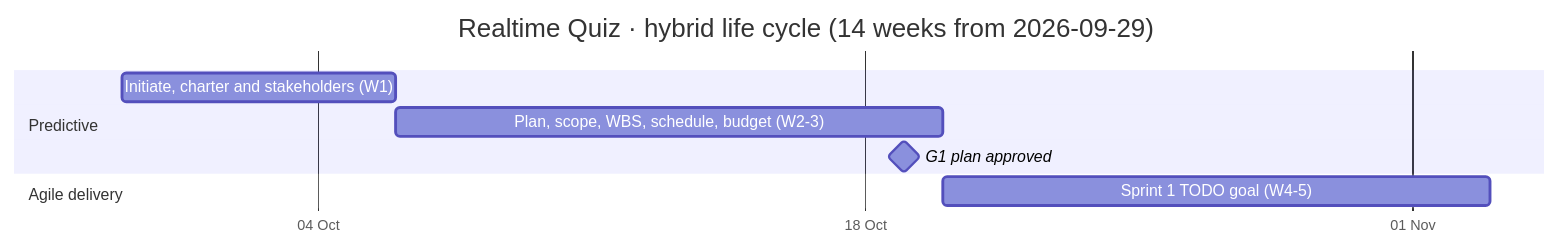
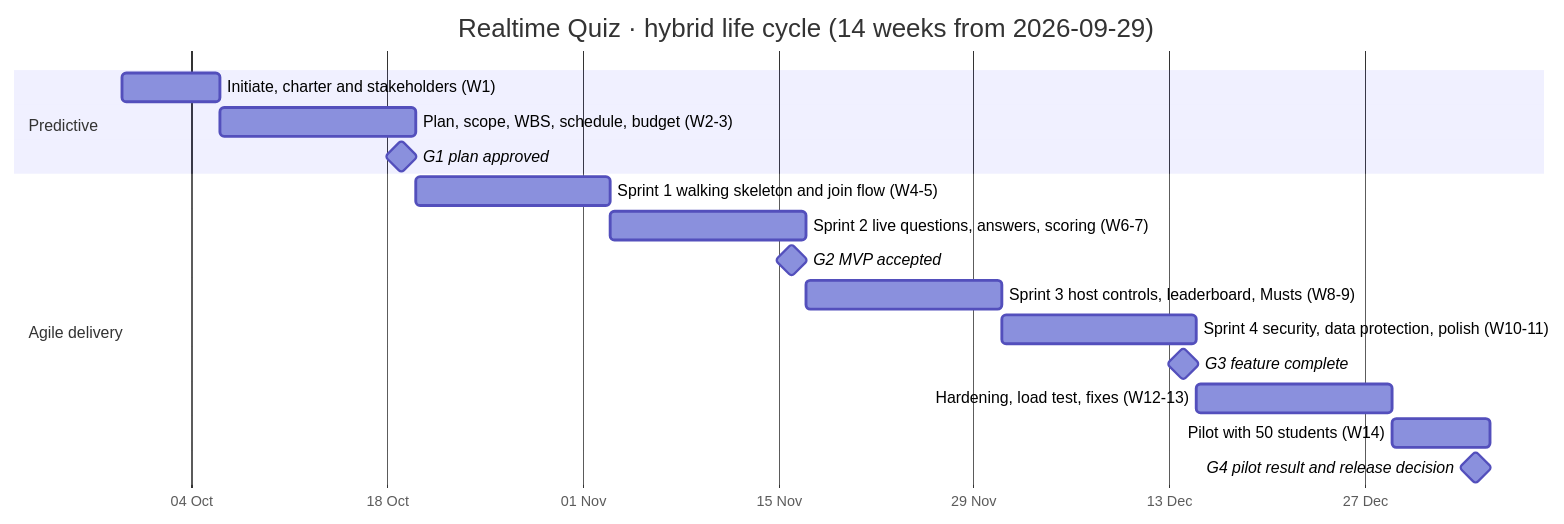
Before and after one commit to PiVathanak/pm-plan-pi-sereyvathanak: the diagram in lab03/life-cycle.mmd, drawn with Mermaid. The commit also changed 1 other file, not shown here.

Commit message:
lab03: tailoring decision record and life cycle

```diff
--- a/lab03/life-cycle.mmd
+++ b/lab03/life-cycle.mmd
@@ -1,15 +1,20 @@
 gantt
   title Realtime Quiz · hybrid life cycle (14 weeks from 2026-09-29)
   dateFormat YYYY-MM-DD
   axisFormat %d %b
   tickInterval 2week
   todayMarker off
   section Predictive
   Initiate, charter and stakeholders (W1)   :p1, 2026-09-29, 7d
   Plan, scope, WBS, schedule, budget (W2-3) :p2, after p1, 14d
   G1 plan approved                          :milestone, m1, 2026-10-19, 0d
   section Agile delivery
-  Sprint 1 TODO goal (W4-5)                 :s1, 2026-10-20, 14d
-  %% TODO sprint 2, G2 after sprint 2, sprint 3, sprint 4, G3
-  section Release
-  %% TODO hardening (W12-13), pilot (W14), G4
+  Sprint 1 walking skeleton and join flow (W4-5)   :s1, 2026-10-20, 14d
+  Sprint 2 live questions, answers, scoring (W6-7) :s2, after s1, 14d
+  G2 MVP accepted                                  :milestone, m2, 2026-11-16, 0d
+  Sprint 3 host controls, leaderboard, Musts (W8-9) :s3, after s2, 14d
+  Sprint 4 security, data protection, polish (W10-11) :s4, after s3, 14d
+  G3 feature complete                              :milestone, m3, 2026-12-14, 0d
+  Hardening, load test, fixes (W12-13)      :h1, after s4, 14d
+  Pilot with 50 students (W14)              :pl, after h1, 7d
+  G4 pilot result and release decision      :milestone, m4, 2027-01-04, 0d
```
